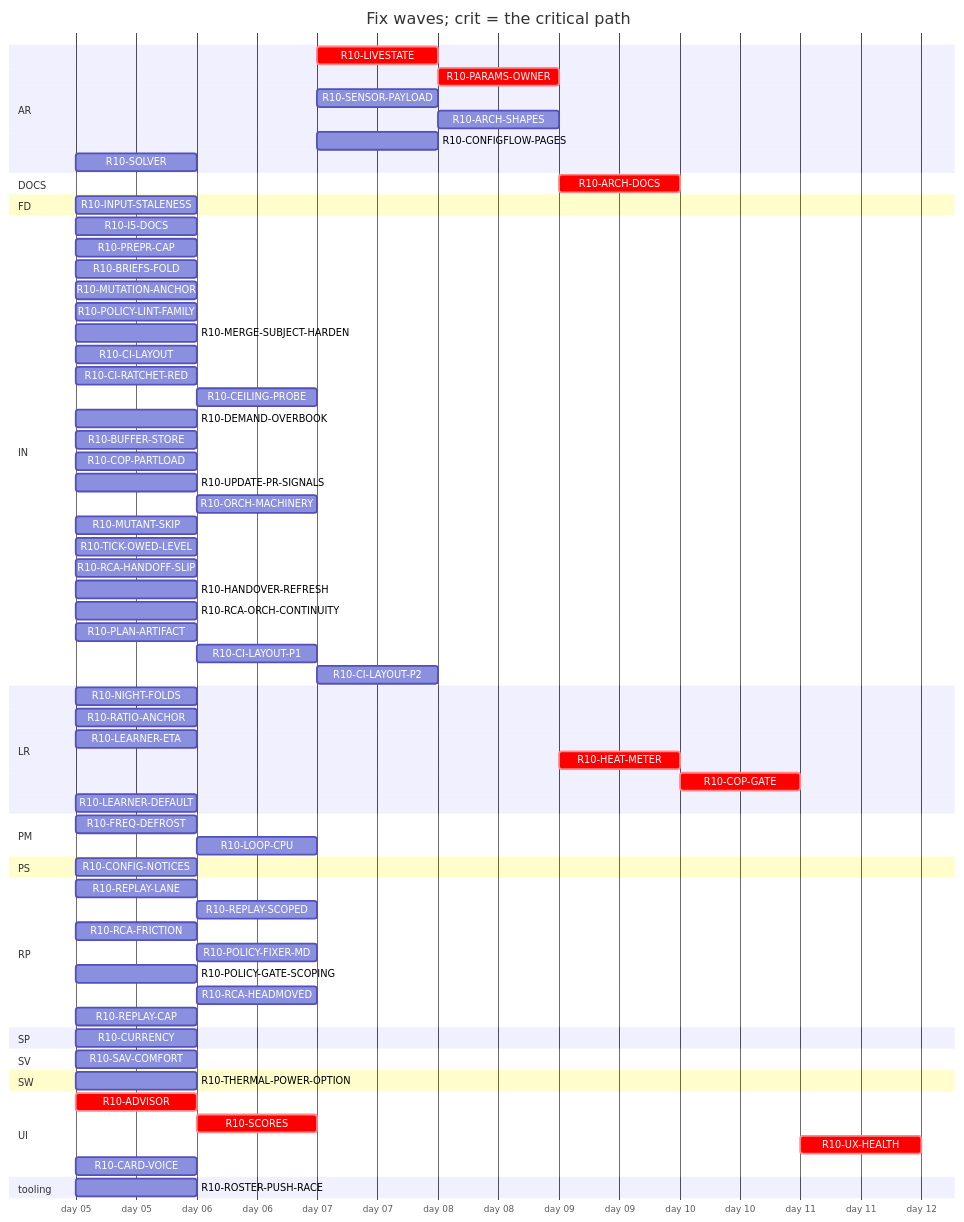
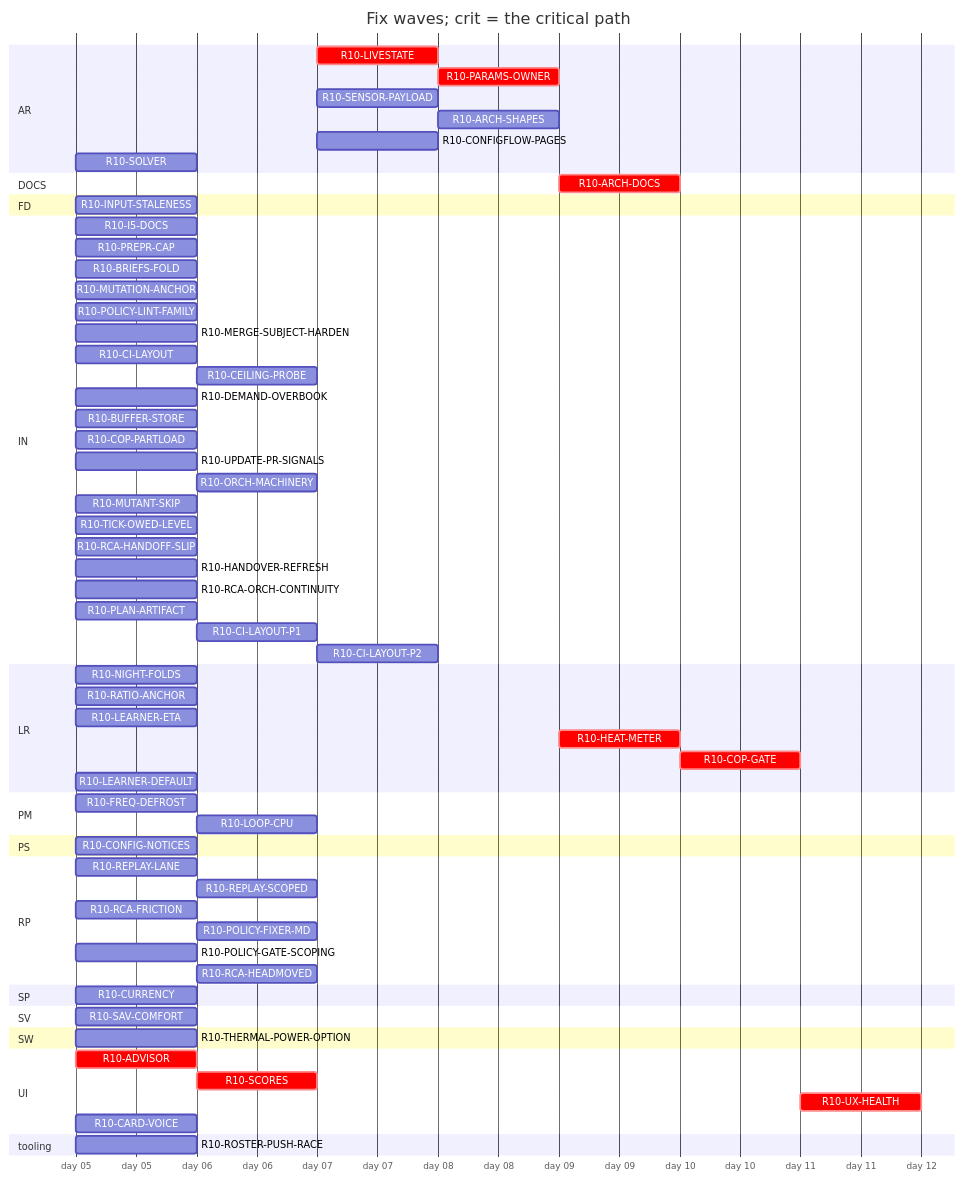
One commit to tvofi/heatpump_optimizer changed the diagram in handoff/round10/state/PLAN-TABLE.md. Above: the diagram before and after it, drawn with Mermaid. The commit also changed other lines of this file and 2 other files, not shown here.

````diff
--- a/handoff/round10/state/PLAN-TABLE.md
+++ b/handoff/round10/state/PLAN-TABLE.md
@@ -26,73 +26,71 @@
 ```mermaid
 gantt
   title Fix waves; crit = the critical path
   dateFormat YYYY-MM-DD
   axisFormat day %d
   section AR
     R10-LIVESTATE :crit, r10LIVESTATE, after r10SCORES r10LOOPCPU, 1d
     R10-PARAMS-OWNER :crit, r10PARAMSOWNER, after r10LIVESTATE r10NIGHTFOLDS r10RATIOANCHOR, 1d
     R10-SENSOR-PAYLOAD :r10SENSORPAYLOAD, after r10SCORES, 1d
     R10-ARCH-SHAPES :r10ARCHSHAPES, after r10SENSORPAYLOAD r10FREQDEFROST r10LIVESTATE r10INPUTSTALENESS, 1d
     R10-CONFIGFLOW-PAGES :r10CONFIGFLOWPAGES, after r10HEATMETER, 1d
     R10-SOLVER :r10SOLVER, 2026-01-05, 1d
   section DOCS
     R10-ARCH-DOCS :crit, r10ARCHDOCS, after r10NIGHTFOLDS r10RATIOANCHOR r10INPUTSTALENESS r10CURRENCY r10FREQDEFROST r10LOOPCPU r10ADVISOR r10SCORES r10LIVESTATE r10CONFIGNOTICES r10PARAMSOWNER r10SENSORPAYLOAD r10ARCHSHAPES r10LEARNERETA r10HEATMETER r10COPGATE r10UXHEALTH r10CONFIGFLOWPAGES r10SOLVER r10I5DOCS r10BRIEFSFOLD r10REPLAYLANE r10REPLAYSCOPED, 1d
   section FD
     R10-INPUT-STALENESS :r10INPUTSTALENESS, 2026-01-05, 1d
   section IN
     R10-I5-DOCS :r10I5DOCS, 2026-01-05, 1d
     R10-PREPR-CAP :r10PREPRCAP, 2026-01-05, 1d
     R10-BRIEFS-FOLD :r10BRIEFSFOLD, 2026-01-05, 1d
     R10-MUTATION-ANCHOR :r10MUTATIONANCHOR, 2026-01-05, 1d
     R10-POLICY-LINT-FAMILY :r10POLICYLINTFAMILY, 2026-01-05, 1d
     R10-MERGE-SUBJECT-HARDEN :r10MERGESUBJECTHARDEN, 2026-01-05, 1d
     R10-CI-LAYOUT :r10CILAYOUT, 2026-01-05, 1d
-    R10-CI-RATCHET-RED :r10CIRATCHETRED, 2026-01-05, 1d
     R10-CEILING-PROBE :r10CEILINGPROBE, after r10CILAYOUT r10NIGHTFOLDS, 1d
     R10-DEMAND-OVERBOOK :r10DEMANDOVERBOOK, 2026-01-05, 1d
     R10-BUFFER-STORE :r10BUFFERSTORE, 2026-01-05, 1d
     R10-COP-PARTLOAD :r10COPPARTLOAD, 2026-01-05, 1d
     R10-UPDATE-PR-SIGNALS :r10UPDATEPRSIGNALS, 2026-01-05, 1d
     R10-ORCH-MACHINERY :r10ORCHMACHINERY, after r10CILAYOUT, 1d
     R10-MUTANT-SKIP :r10MUTANTSKIP, 2026-01-05, 1d
     R10-TICK-OWED-LEVEL :r10TICKOWEDLEVEL, 2026-01-05, 1d
     R10-RCA-HANDOFF-SLIP :r10RCAHANDOFFSLIP, 2026-01-05, 1d
     R10-HANDOVER-REFRESH :r10HANDOVERREFRESH, 2026-01-05, 1d
     R10-RCA-ORCH-CONTINUITY :r10RCAORCHCONTINUITY, 2026-01-05, 1d
     R10-PLAN-ARTIFACT :r10PLANARTIFACT, 2026-01-05, 1d
     R10-CI-LAYOUT-P1 :r10CILAYOUTP1, after r10CILAYOUT, 1d
     R10-CI-LAYOUT-P2 :r10CILAYOUTP2, after r10CILAYOUTP1, 1d
   section LR
     R10-NIGHT-FOLDS :r10NIGHTFOLDS, 2026-01-05, 1d
     R10-RATIO-ANCHOR :r10RATIOANCHOR, 2026-01-05, 1d
     R10-LEARNER-ETA :r10LEARNERETA, 2026-01-05, 1d
     R10-HEAT-METER :crit, r10HEATMETER, after r10LEARNERETA r10INPUTSTALENESS r10RATIOANCHOR r10PARAMSOWNER r10ARCHSHAPES r10THERMALPOWEROPTION, 1d
     R10-COP-GATE :crit, r10COPGATE, after r10HEATMETER r10SENSORPAYLOAD, 1d
     R10-LEARNER-DEFAULT :r10LEARNERDEFAULT, 2026-01-05, 1d
   section PM
     R10-FREQ-DEFROST :r10FREQDEFROST, 2026-01-05, 1d
     R10-LOOP-CPU :r10LOOPCPU, after r10NIGHTFOLDS, 1d
   section PS
     R10-CONFIG-NOTICES :r10CONFIGNOTICES, 2026-01-05, 1d
   section RP
     R10-REPLAY-LANE :r10REPLAYLANE, 2026-01-05, 1d
     R10-REPLAY-SCOPED :r10REPLAYSCOPED, after r10REPLAYLANE, 1d
     R10-RCA-FRICTION :r10RCAFRICTION, 2026-01-05, 1d
     R10-POLICY-FIXER-MD :r10POLICYFIXERMD, after r10RCAFRICTION r10BRIEFSFOLD, 1d
     R10-POLICY-GATE-SCOPING :r10POLICYGATESCOPING, 2026-01-05, 1d
     R10-RCA-HEADMOVED :r10RCAHEADMOVED, after r10RCAFRICTION, 1d
-    R10-REPLAY-CAP :r10REPLAYCAP, 2026-01-05, 1d
   section SP
     R10-CURRENCY :r10CURRENCY, 2026-01-05, 1d
   section SV
     R10-SAV-COMFORT :r10SAVCOMFORT, 2026-01-05, 1d
   section SW
     R10-THERMAL-POWER-OPTION :r10THERMALPOWEROPTION, 2026-01-05, 1d
   section UI
     R10-ADVISOR :crit, r10ADVISOR, 2026-01-05, 1d
     R10-SCORES :crit, r10SCORES, after r10ADVISOR, 1d
     R10-UX-HEALTH :crit, r10UXHEALTH, after r10SCORES r10COPGATE r10HEATMETER, 1d
     R10-CARD-VOICE :r10CARDVOICE, 2026-01-05, 1d
   section tooling
     R10-ROSTER-PUSH-RACE :r10ROSTERPUSHRACE, 2026-01-05, 1d
 ```
````
